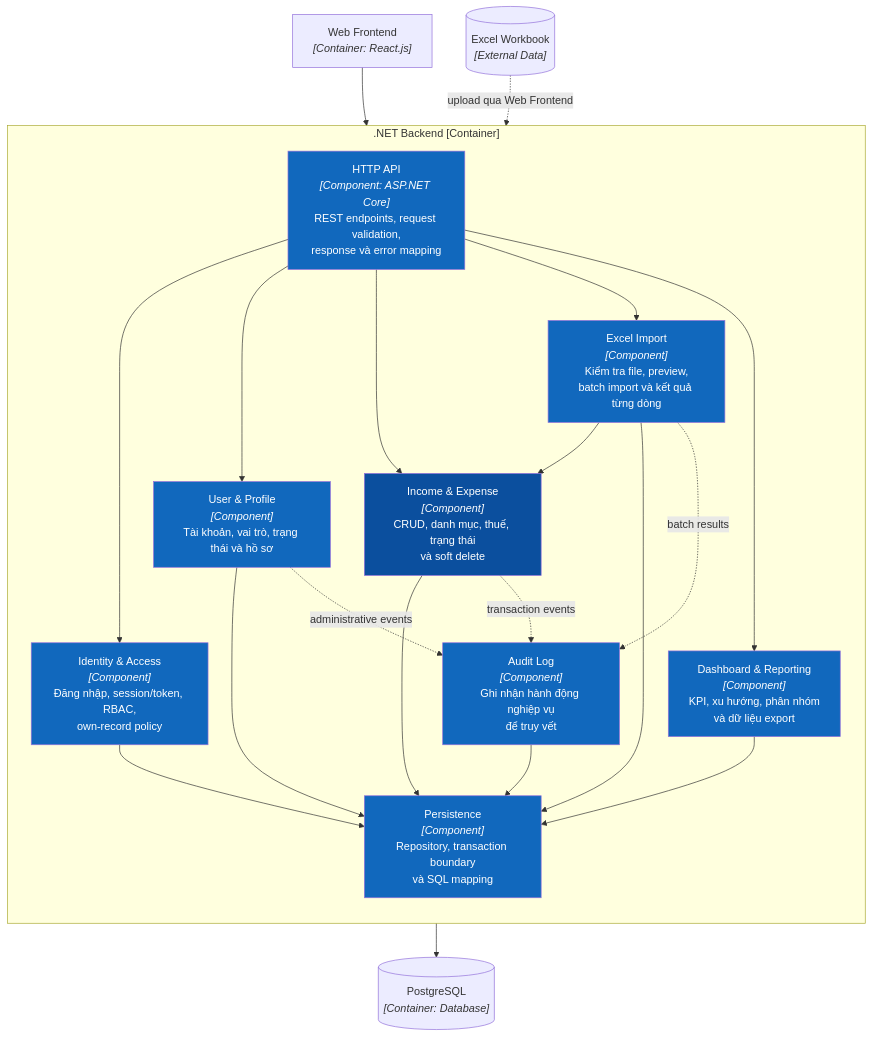
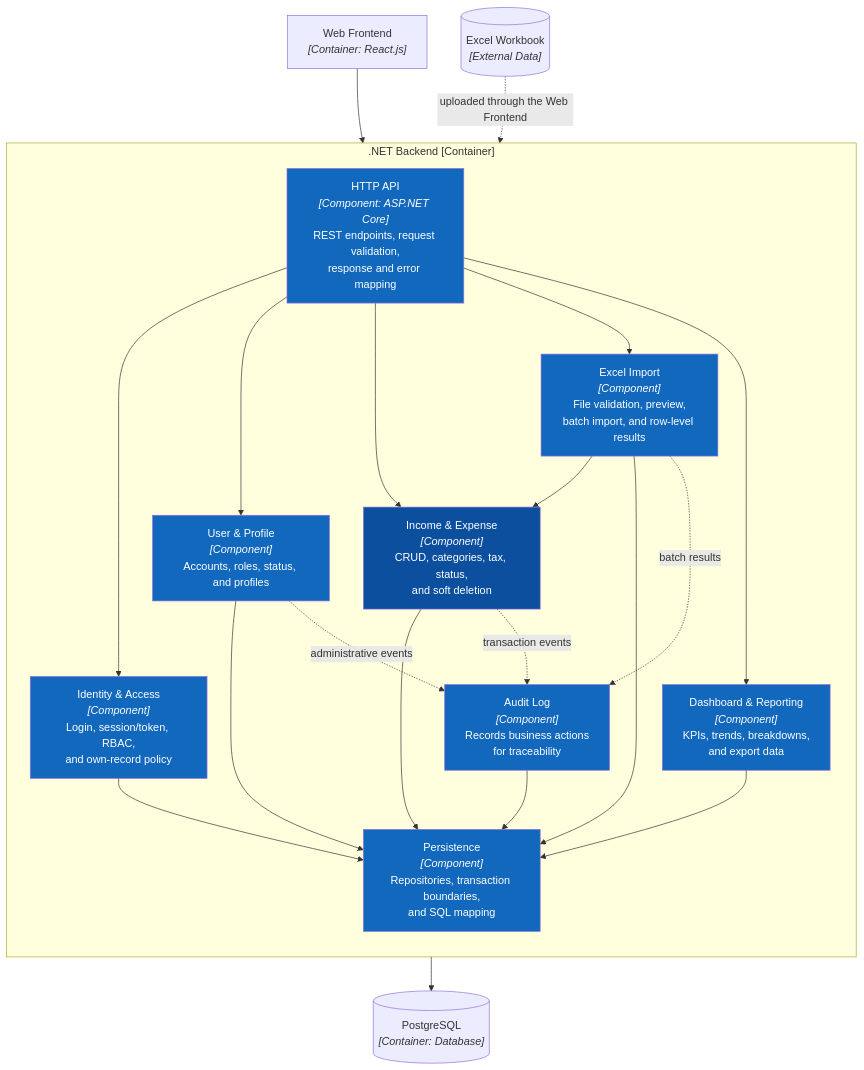
The second of 2 diagrams in docs/architecture/arc42/05-building-block-view.md (PhamHiep948/finance-manager), drawn with Mermaid before and after one commit. The commit also changed other lines of this file and 16 other files, not shown here.

````diff
--- a/docs/architecture/arc42/05-building-block-view.md
+++ b/docs/architecture/arc42/05-building-block-view.md
@@ -51,46 +51,46 @@
 ```mermaid
 flowchart TB
     subgraph rt[".NET Backend [Container]"]
         direction TB
-        api["HTTP API<br/><i>[Component: ASP.NET Core]</i><br/>REST endpoints, request validation,<br/>response và error mapping"]
-        identity["Identity & Access<br/><i>[Component]</i><br/>Đăng nhập, session/token, RBAC,<br/>own-record policy"]
-        user["User & Profile<br/><i>[Component]</i><br/>Tài khoản, vai trò, trạng thái và hồ sơ"]
-        ledger["Income & Expense<br/><i>[Component]</i><br/>CRUD, danh mục, thuế, trạng thái<br/>và soft delete"]
-        importer["Excel Import<br/><i>[Component]</i><br/>Kiểm tra file, preview,<br/>batch import và kết quả từng dòng"]
-        reporting["Dashboard & Reporting<br/><i>[Component]</i><br/>KPI, xu hướng, phân nhóm<br/>và dữ liệu export"]
-        audit["Audit Log<br/><i>[Component]</i><br/>Ghi nhận hành động nghiệp vụ<br/>để truy vết"]
-        persistence["Persistence<br/><i>[Component]</i><br/>Repository, transaction boundary<br/>và SQL mapping"]
+        api["HTTP API<br/><i>[Component: ASP.NET Core]</i><br/>REST endpoints, request validation,<br/>response and error mapping"]
+        identity["Identity & Access<br/><i>[Component]</i><br/>Login, session/token, RBAC,<br/>and own-record policy"]
+        user["User & Profile<br/><i>[Component]</i><br/>Accounts, roles, status, and profiles"]
+        ledger["Income & Expense<br/><i>[Component]</i><br/>CRUD, categories, tax, status,<br/>and soft deletion"]
+        importer["Excel Import<br/><i>[Component]</i><br/>File validation, preview,<br/>batch import, and row-level results"]
+        reporting["Dashboard & Reporting<br/><i>[Component]</i><br/>KPIs, trends, breakdowns,<br/>and export data"]
+        audit["Audit Log<br/><i>[Component]</i><br/>Records business actions<br/>for traceability"]
+        persistence["Persistence<br/><i>[Component]</i><br/>Repositories, transaction boundaries,<br/>and SQL mapping"]
     end
 
     web["Web Frontend<br/><i>[Container: React.js]</i>"]
     db[("PostgreSQL<br/><i>[Container: Database]</i>")]
     file[("Excel Workbook<br/><i>[External Data]</i>")]
 
     web --> api
-    file -.->|"upload qua Web Frontend"| api
+    file -.->|"uploaded through the Web Frontend"| api
     api --> identity
     api --> user
     api --> ledger
     api --> importer
     api --> reporting
     identity --> persistence
     user --> persistence
     ledger --> persistence
     importer --> ledger
     importer --> persistence
     reporting --> persistence
     user -.->|"administrative events"| audit
     ledger -.->|"transaction events"| audit
     importer -.->|"batch results"| audit
     audit --> persistence
     persistence --> db
 
     style api fill:#1168bd,color:#fff
     style identity fill:#1168bd,color:#fff
     style user fill:#1168bd,color:#fff
     style ledger fill:#0b4f9e,color:#fff
     style importer fill:#1168bd,color:#fff
     style reporting fill:#1168bd,color:#fff
     style audit fill:#1168bd,color:#fff
     style persistence fill:#1168bd,color:#fff
 ```
````
